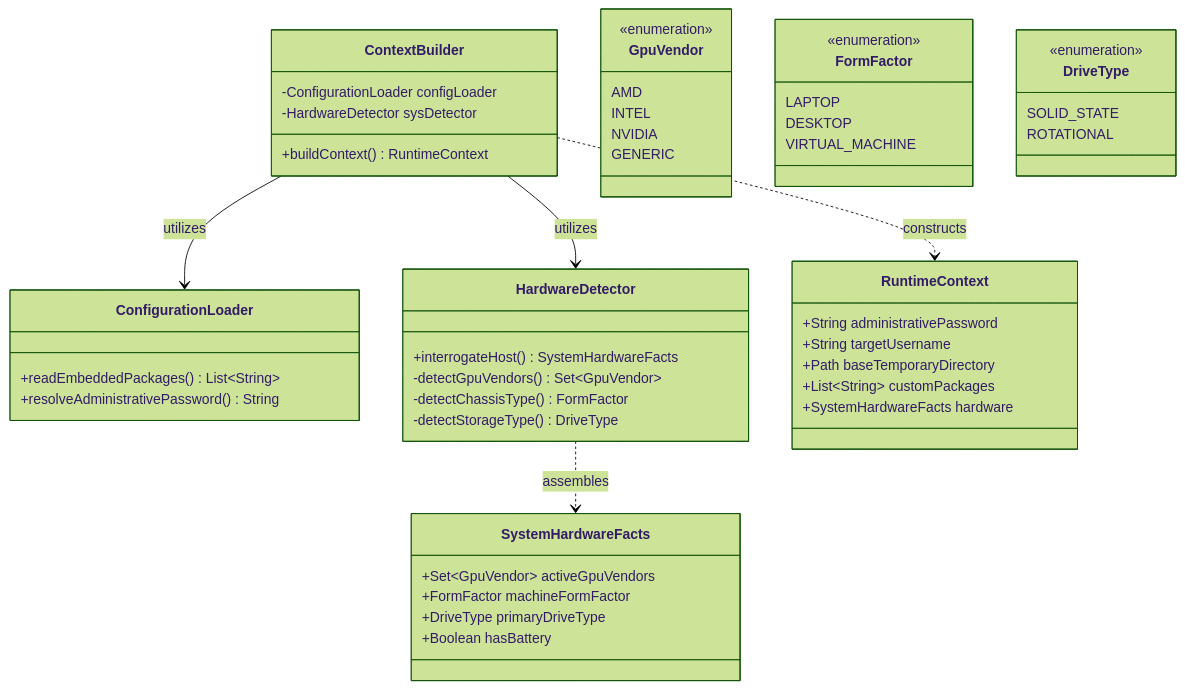
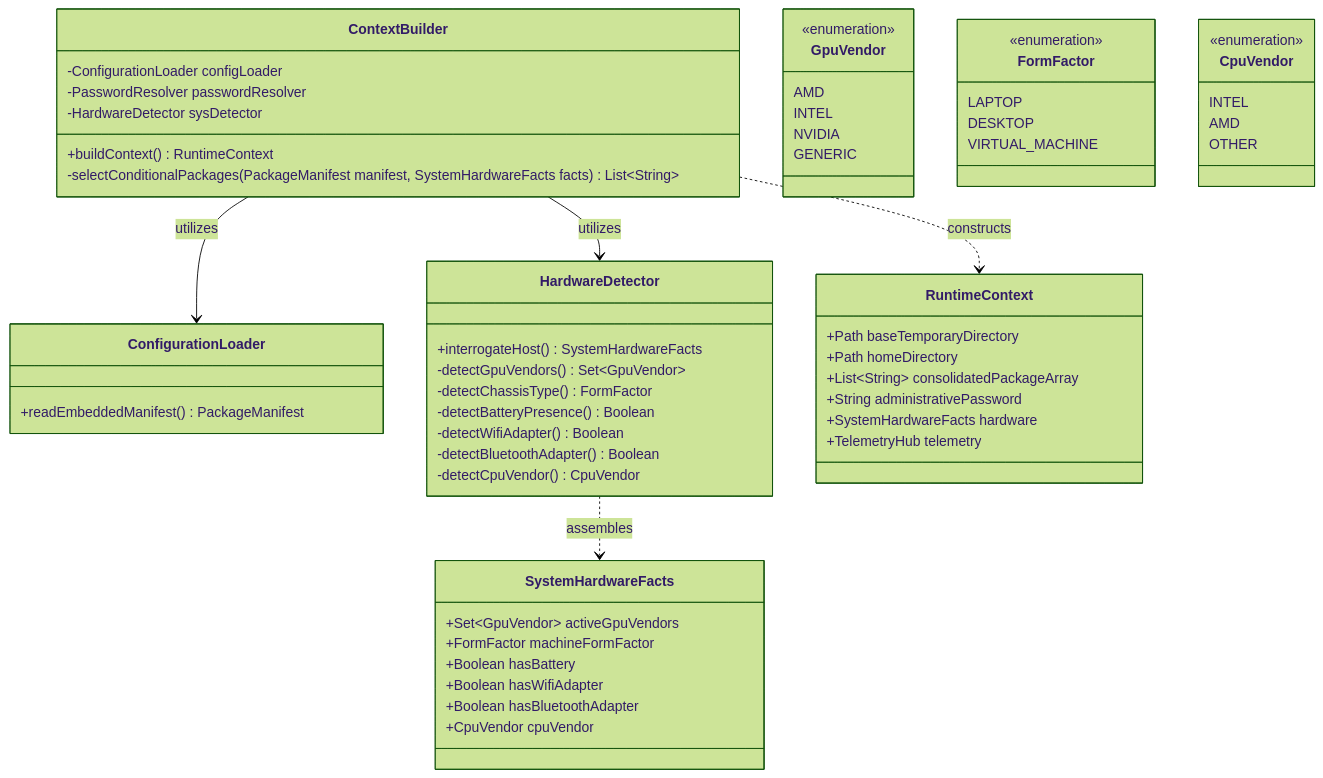
The second of 4 diagrams in docs/phase-1/design.md (FilippoGurioli/nirioly), drawn with Mermaid (forest theme) before and after one commit. The commit also changed other lines of this file and 3 other files, not shown here.

````diff
--- a/docs/phase-1/design.md
+++ b/docs/phase-1/design.md
@@ -123,62 +143,69 @@
 ```mermaid
 classDiagram
     class ConfigurationLoader {
-        +readEmbeddedPackages() List~String~
-        +resolveAdministrativePassword() String
+        +readEmbeddedManifest() PackageManifest
     }
 
     class HardwareDetector {
         +interrogateHost() SystemHardwareFacts
         -detectGpuVendors() Set~GpuVendor~
         -detectChassisType() FormFactor
-        -detectStorageType() DriveType
+        -detectBatteryPresence() Boolean
+        -detectWifiAdapter() Boolean
+        -detectBluetoothAdapter() Boolean
+        -detectCpuVendor() CpuVendor
     }
 
     class SystemHardwareFacts {
         +Set~GpuVendor~ activeGpuVendors
         +FormFactor machineFormFactor
-        +DriveType primaryDriveType
         +Boolean hasBattery
+        +Boolean hasWifiAdapter
+        +Boolean hasBluetoothAdapter
+        +CpuVendor cpuVendor
     }
 
     class ContextBuilder {
         -ConfigurationLoader configLoader
+        -PasswordResolver passwordResolver
         -HardwareDetector sysDetector
         +buildContext() RuntimeContext
+        -selectConditionalPackages(PackageManifest manifest, SystemHardwareFacts facts) List~String~
     }
 
     class RuntimeContext {
+        +Path baseTemporaryDirectory
+        +Path homeDirectory
+        +List~String~ consolidatedPackageArray
         +String administrativePassword
-        +String targetUsername
-        +Path baseTemporaryDirectory
-        +List~String~ customPackages
         +SystemHardwareFacts hardware
+        +TelemetryHub telemetry
     }
 
     ContextBuilder --> ConfigurationLoader : utilizes
     ContextBuilder --> HardwareDetector : utilizes
     HardwareDetector ..> SystemHardwareFacts : assembles
     ContextBuilder ..> RuntimeContext : constructs
 
     class GpuVendor {
         <<enumeration>>
         AMD
         INTEL
         NVIDIA
         GENERIC
     }
 
     class FormFactor {
         <<enumeration>>
         LAPTOP
         DESKTOP
         VIRTUAL_MACHINE
     }
 
-    class DriveType {
+    class CpuVendor {
         <<enumeration>>
-        SOLID_STATE
-        ROTATIONAL
+        INTEL
+        AMD
+        OTHER
     }
-
 ```
````
